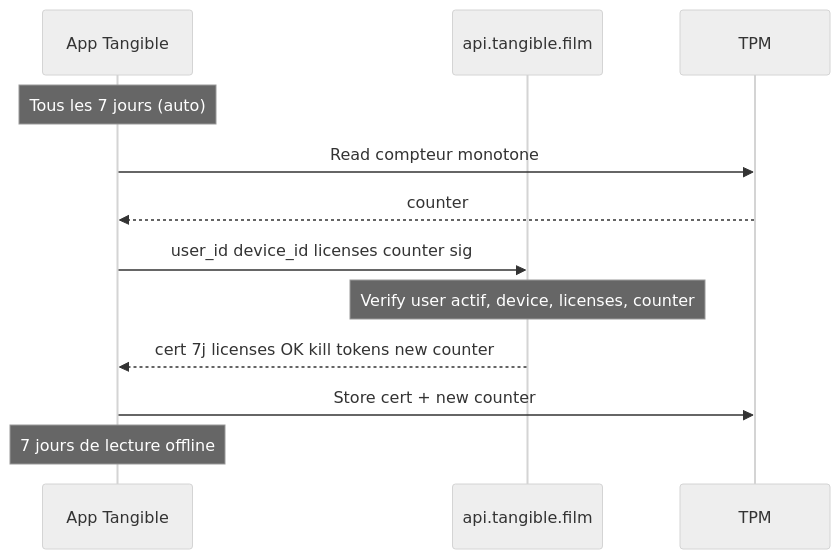
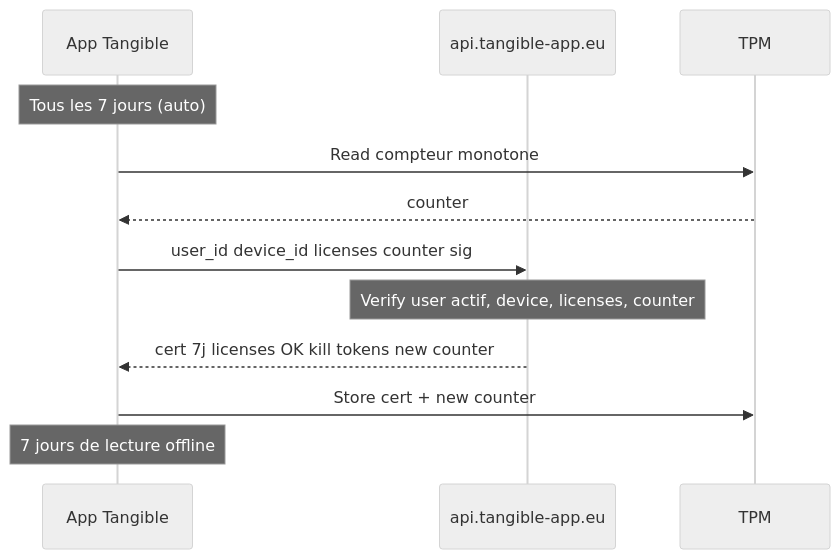
One commit to Pixnop/tangible changed the third of 5 diagrams in content/06 - Technique/Sécurité.md. Above: the diagram before and after it, drawn with Mermaid (neutral theme). The commit also changed other lines of this file and 34 other files, not shown here.

````diff
--- a/content/06 - Technique/Sécurité.md
+++ b/content/06 - Technique/Sécurité.md
@@ -193,15 +193,15 @@
 ```mermaid
 sequenceDiagram
     participant APP as App Tangible
-    participant API as api.tangible.film
+    participant API as api.tangible-app.eu
     participant TPM as TPM
 
     Note over APP: Tous les 7 jours (auto)
     APP->>TPM: Read compteur monotone
     TPM-->>APP: counter
     APP->>API: user_id device_id licenses counter sig
     Note over API: Verify user actif, device, licenses, counter
     API-->>APP: cert 7j licenses OK kill tokens new counter
     APP->>TPM: Store cert + new counter
     Note over APP: 7 jours de lecture offline
 ```
````
